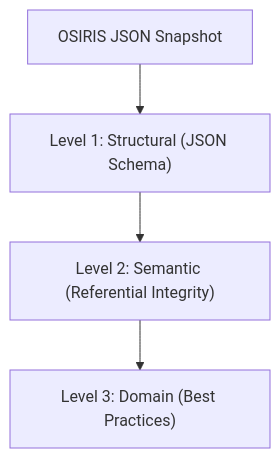
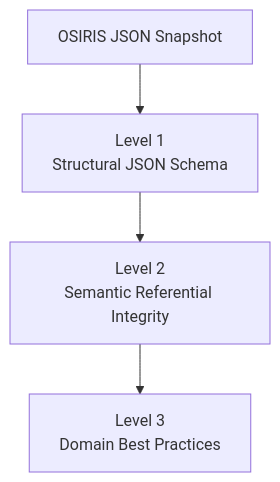
Before and after one commit to osirisjson/osirisjson-docs: the diagram in src/content/docs/validate/validation-levels.mdx, drawn with Mermaid. The commit also changed 20 other files, not shown here.

````diff
--- a/src/content/docs/validate/validation-levels.mdx
+++ b/src/content/docs/validate/validation-levels.mdx
@@ -18,6 +18,6 @@
 ```mermaid
-flowchart TD
-    A["OSIRIS JSON Snapshot"] --> B["Level 1: Structural (JSON Schema)"]
-    B --> C["Level 2: Semantic (Referential Integrity)"]
-    C --> D["Level 3: Domain (Best Practices)"]
+flowchart TB
+    A["OSIRIS JSON Snapshot"] --> B["Level 1<br/>Structural JSON Schema"]
+    B --> C["Level 2<br/>Semantic Referential Integrity"]
+    C --> D["Level 3<br/>Domain Best Practices"]
 ```
````
